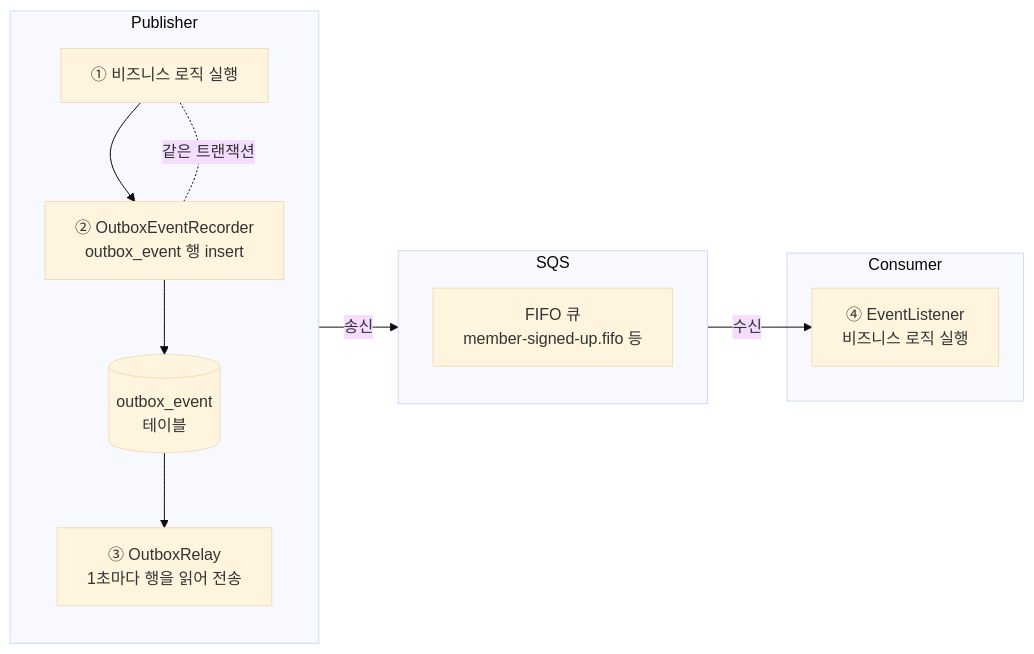
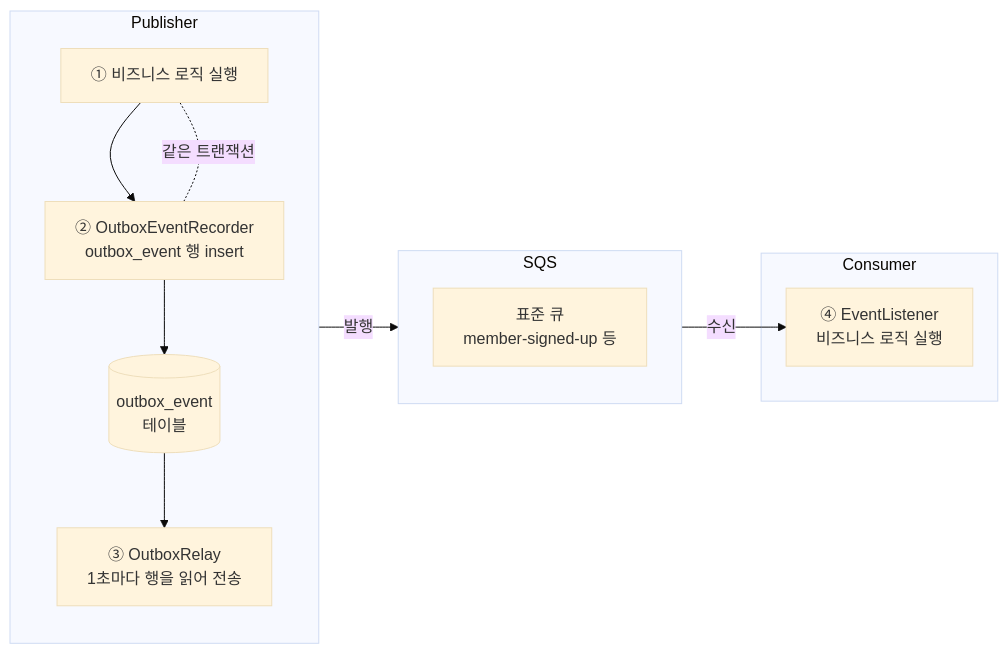
One commit to rivertw777/ModuDrive-API changed the first of 4 diagrams in .docs/spec/messaging-spec.md. Above: the diagram before and after it, drawn with Mermaid (base theme). The commit also changed other lines of this file and 2 other files, not shown here.

````diff
--- a/.docs/spec/messaging-spec.md
+++ b/.docs/spec/messaging-spec.md
@@ -17,23 +45,23 @@
 ```mermaid
 flowchart LR
     subgraph P["Publisher"]
         direction TB
         A["① 비즈니스 로직 실행"] --> B["② OutboxEventRecorder<br/>outbox_event 행 insert"]
         B -. 같은 트랜잭션 .- A
         C["③ OutboxRelay<br/>1초마다 행을 읽어 전송"]
         B --> DB[("outbox_event<br/>테이블")]
         DB --> C
     end
 
     subgraph Q["SQS"]
         direction TB
-        MQ["FIFO 큐<br/>member-signed-up.fifo 등"]
+        MQ["표준 큐<br/>member-signed-up 등"]
     end
 
     subgraph R["Consumer"]
         L["④ EventListener<br/>비즈니스 로직 실행"]
     end
 
-    C -- "송신" --> MQ
+    C -- "발행" --> MQ
     MQ -- "수신" --> L
 ```
````
